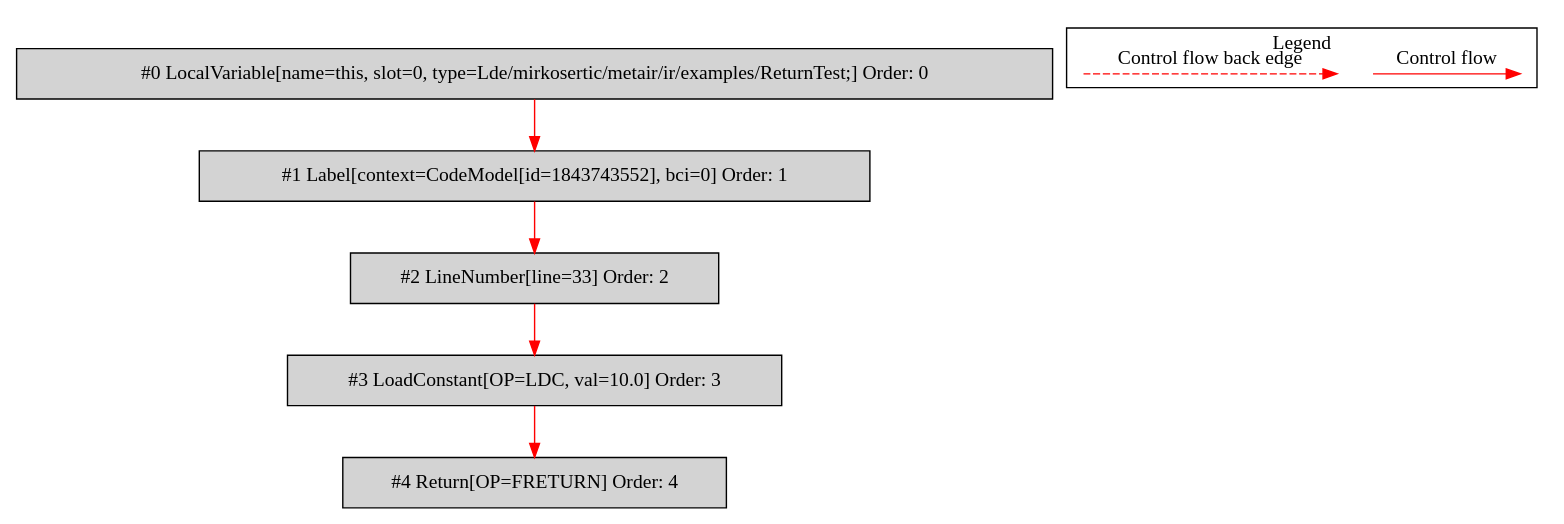
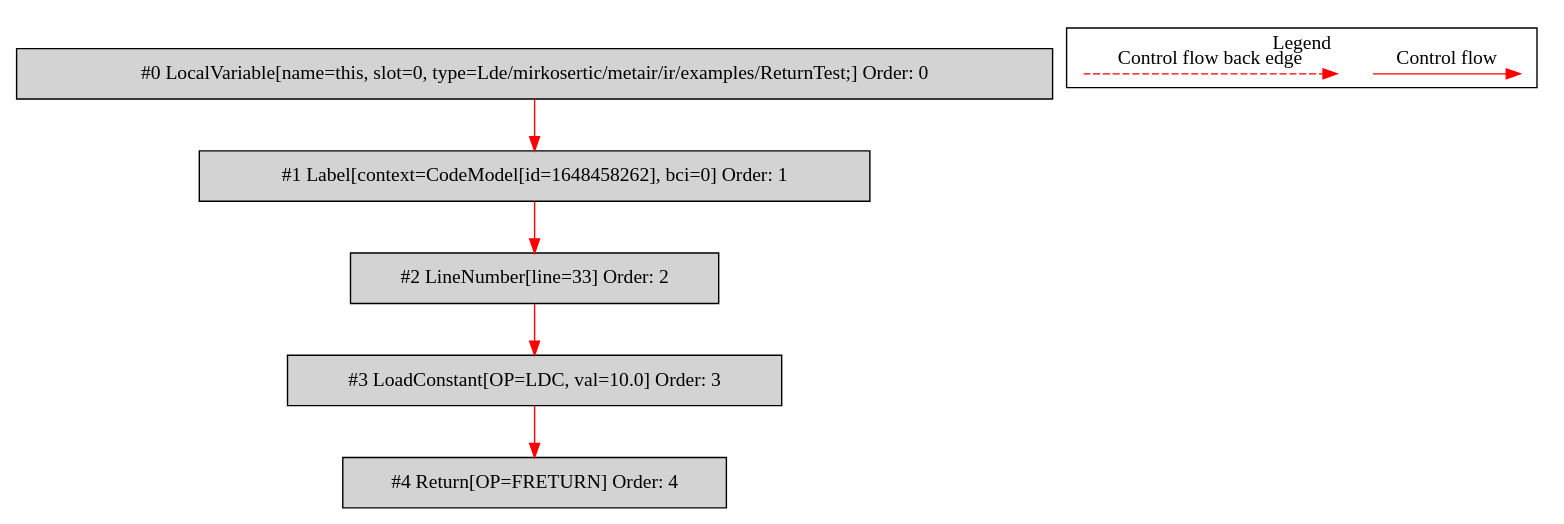
Before and after one commit to mirkosertic/MetaIR: the diagram in de.mirkosertic.metair.ir.examples.ReturnTest/returnFloat/bytecodecfg.dot, drawn with Graphviz. The commit also changed 27 other files, not shown here.

```diff
--- a/de.mirkosertic.metair.ir.examples.ReturnTest/returnFloat/bytecodecfg.dot
+++ b/de.mirkosertic.metair.ir.examples.ReturnTest/returnFloat/bytecodecfg.dot
@@ -1,25 +1,25 @@
 digraph {
  node0[label="#0 LocalVariable[name=this, slot=0, type=Lde/mirkosertic/metair/ir/examples/ReturnTest;] Order: 0", shape=box, fillcolor=lightgrey, style=filled];
- node1[label="#1 Label[context=CodeModel[id=1843743552], bci=0] Order: 1", shape=box, fillcolor=lightgrey, style=filled];
+ node1[label="#1 Label[context=CodeModel[id=1648458262], bci=0] Order: 1", shape=box, fillcolor=lightgrey, style=filled];
  node2[label="#2 LineNumber[line=33] Order: 2", shape=box, fillcolor=lightgrey, style=filled];
  node3[label="#3 LoadConstant[OP=LDC, val=10.0] Order: 3", shape=box, fillcolor=lightgrey, style=filled];
  node4[label="#4 Return[OP=FRETURN] Order: 4", shape=box, fillcolor=lightgrey, style=filled];
  node0 -> node1[color=red];
  node1 -> node2[color=red];
  node2 -> node3[color=red];
  node3 -> node4[color=red];
  subgraph cluster_000 {
   label = "Legend";
   node [shape=point]
   {
    rank=same;
    c0 [style = invis];
    c1 [style = invis];
    c2 [style = invis];
    c3 [style = invis];
   }
   c0 -> c1 [label="Control flow", style=solid, color=red]
   c2 -> c3 [label="Control flow back edge", style=dashed, color=red]
  }
 
 }
```
